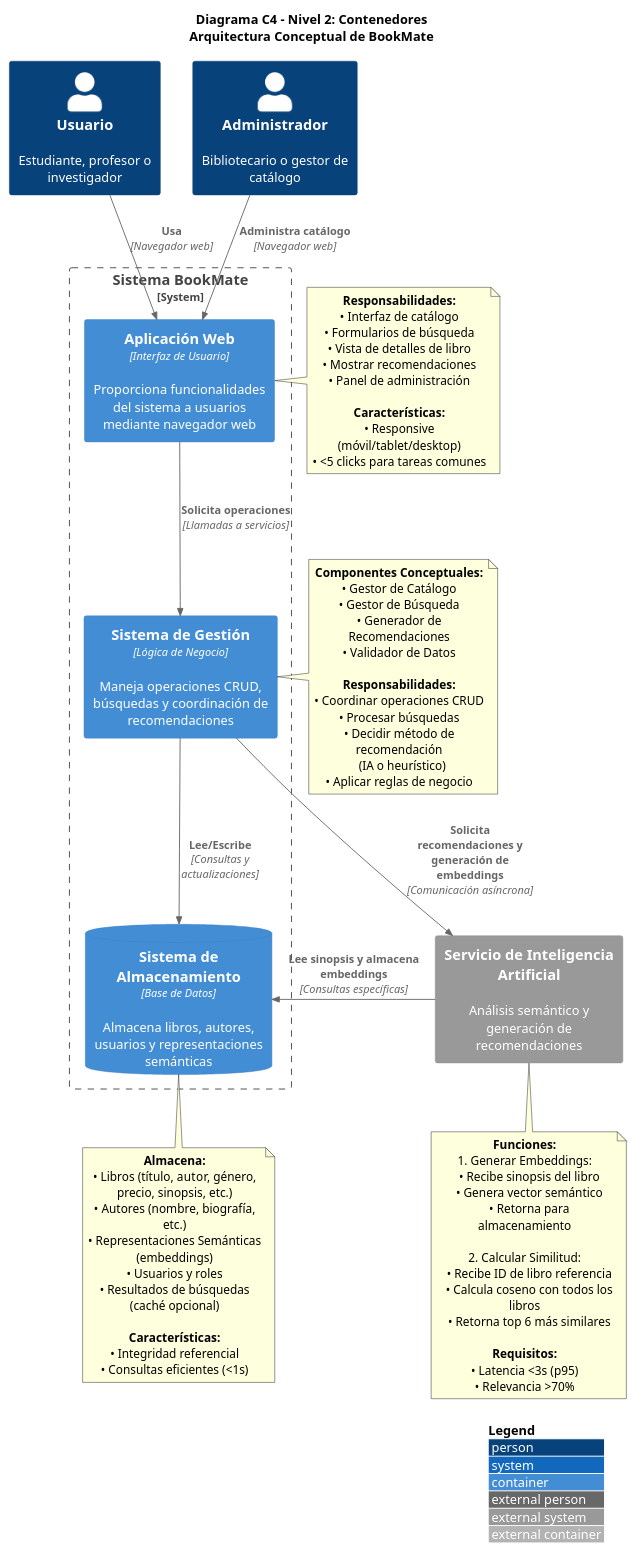
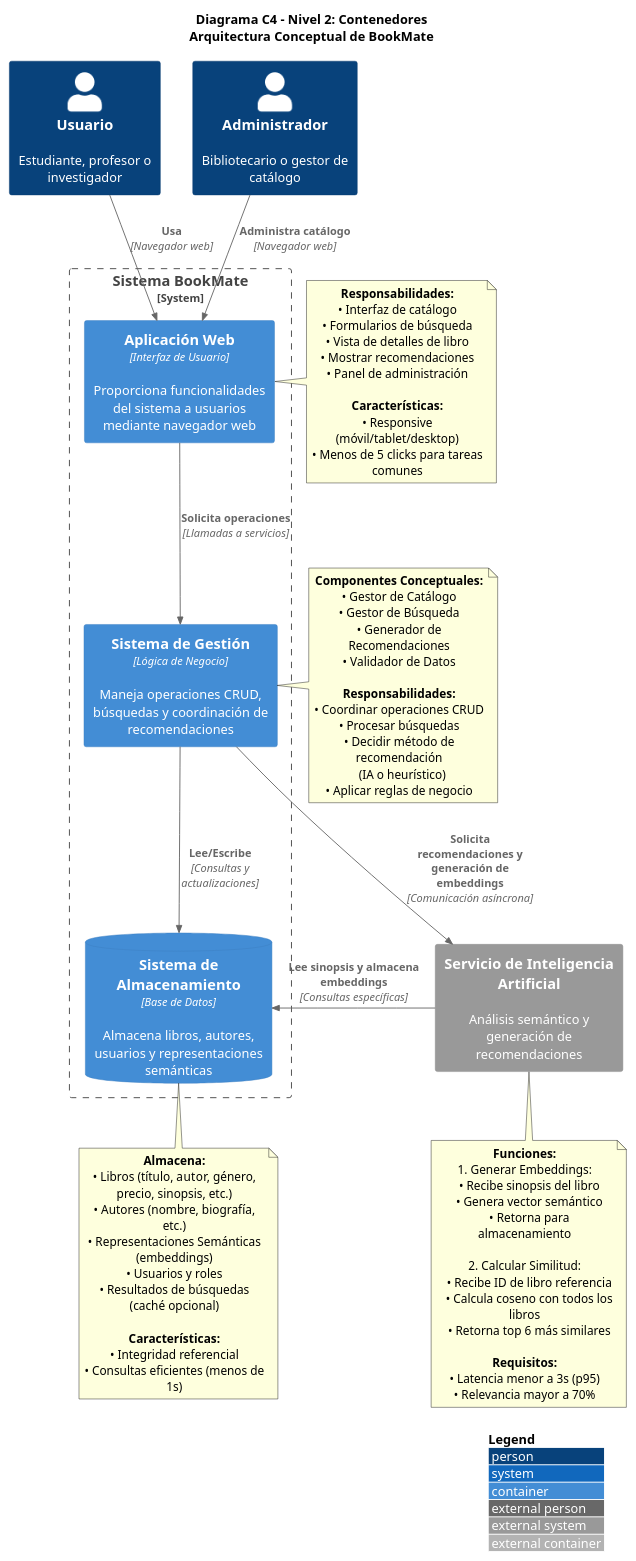
One commit to Gustavoivand/Grupo-6-version-2-de-prueba changed the diagram in deliverables/semana_11/c4_contenedores.puml. Above: the diagram before and after it, drawn with PlantUML. The commit also changed other lines of this file and 5 other files, not shown here.

```diff
--- a/deliverables/semana_11/c4_contenedores.puml
+++ b/deliverables/semana_11/c4_contenedores.puml
@@ -1,99 +1,99 @@
 @startuml c4_contenedores_bookmate
 ' ============================================================================
 ' DIAGRAMA C4 - NIVEL 2: CONTENEDORES
 ' Proyecto: BookMate - Sistema de Recomendación de Libros Académicos
 ' Grupo: 6
 ' Universidad: UNI
 ' Fase: ANÁLISIS (sin tecnologías específicas)
 ' ============================================================================
 
 !include https://raw.githubusercontent.com/plantuml-stdlib/C4-PlantUML/master/C4_Container.puml
 
 title Diagrama C4 - Nivel 2: Contenedores\nArquitectura Conceptual de BookMate
 
 LAYOUT_WITH_LEGEND()
 
 Person(usuario, "Usuario", "Estudiante, profesor o investigador")
 Person(admin, "Administrador", "Bibliotecario o gestor de catálogo")
 
 System_Boundary(bookmate, "Sistema BookMate") {
     Container(webapp, "Aplicación Web", "Interfaz de Usuario", "Proporciona funcionalidades del sistema a usuarios mediante navegador web")
     
     Container(backend, "Sistema de Gestión", "Lógica de Negocio", "Maneja operaciones CRUD, búsquedas y coordinación de recomendaciones")
     
     ContainerDb(database, "Sistema de Almacenamiento", "Base de Datos", "Almacena libros, autores, usuarios y representaciones semánticas")
 }
 
 System_Ext(ia_service, "Servicio de Inteligencia Artificial", "Análisis semántico y generación de recomendaciones")
 
 ' Relaciones Usuario <-> Sistema
 Rel(usuario, webapp, "Usa", "Navegador web")
 Rel(admin, webapp, "Administra catálogo", "Navegador web")
 
 ' Relaciones Internas
 Rel(webapp, backend, "Solicita operaciones", "Llamadas a servicios")
 Rel(backend, database, "Lee/Escribe", "Consultas y actualizaciones")
 
 ' Relación con IA
 Rel(backend, ia_service, "Solicita recomendaciones y generación de embeddings", "Comunicación asíncrona")
 Rel(ia_service, database, "Lee sinopsis y almacena embeddings", "Consultas específicas")
 
 note right of webapp
   **Responsabilidades:**
   • Interfaz de catálogo
   • Formularios de búsqueda
   • Vista de detalles de libro
   • Mostrar recomendaciones
   • Panel de administración
   
   **Características:**
   • Responsive (móvil/tablet/desktop)
-  • <5 clicks para tareas comunes
+  • Menos de 5 clicks para tareas comunes
 end note
 
 note right of backend
   **Componentes Conceptuales:**
   • Gestor de Catálogo
   • Gestor de Búsqueda
   • Generador de Recomendaciones
   • Validador de Datos
   
   **Responsabilidades:**
   • Coordinar operaciones CRUD
   • Procesar búsquedas
   • Decidir método de recomendación
     (IA o heurístico)
   • Aplicar reglas de negocio
 end note
 
 note bottom of database
   **Almacena:**
   • Libros (título, autor, género, precio, sinopsis, etc.)
   • Autores (nombre, biografía, etc.)
   • Representaciones Semánticas (embeddings)
   • Usuarios y roles
   • Resultados de búsquedas (caché opcional)
   
   **Características:**
   • Integridad referencial
-  • Consultas eficientes (<1s)
+  • Consultas eficientes (menos de 1s)
 end note
 
 note bottom of ia_service
   **Funciones:**
   1. Generar Embeddings:
      • Recibe sinopsis del libro
      • Genera vector semántico
      • Retorna para almacenamiento
   
   2. Calcular Similitud:
      • Recibe ID de libro referencia
      • Calcula coseno con todos los libros
      • Retorna top 6 más similares
   
   **Requisitos:**
-  • Latencia <3s (p95)
-  • Relevancia >70%
+  • Latencia menor a 3s (p95)
+  • Relevancia mayor a 70%
 end note
 
 @enduml
```
